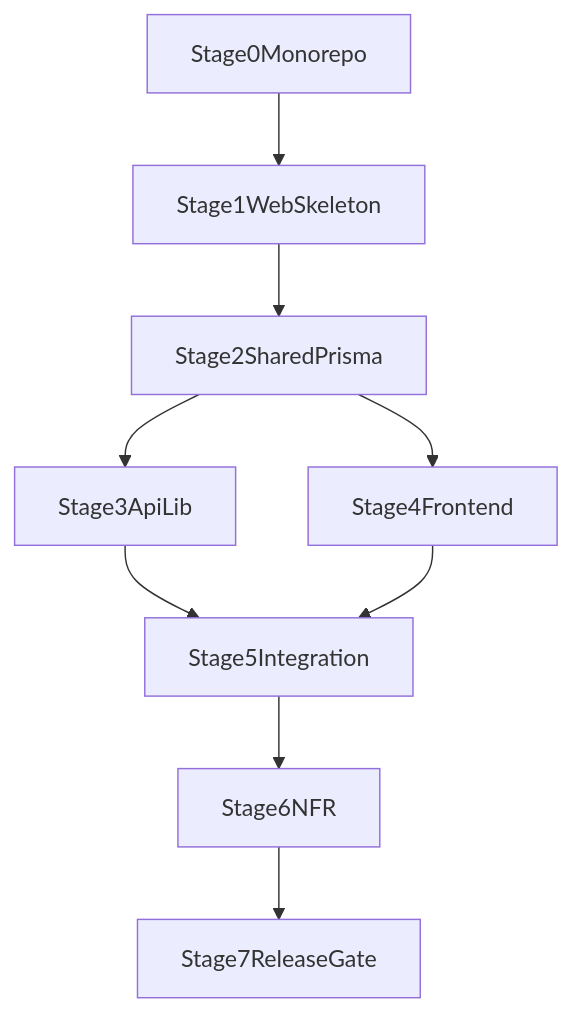
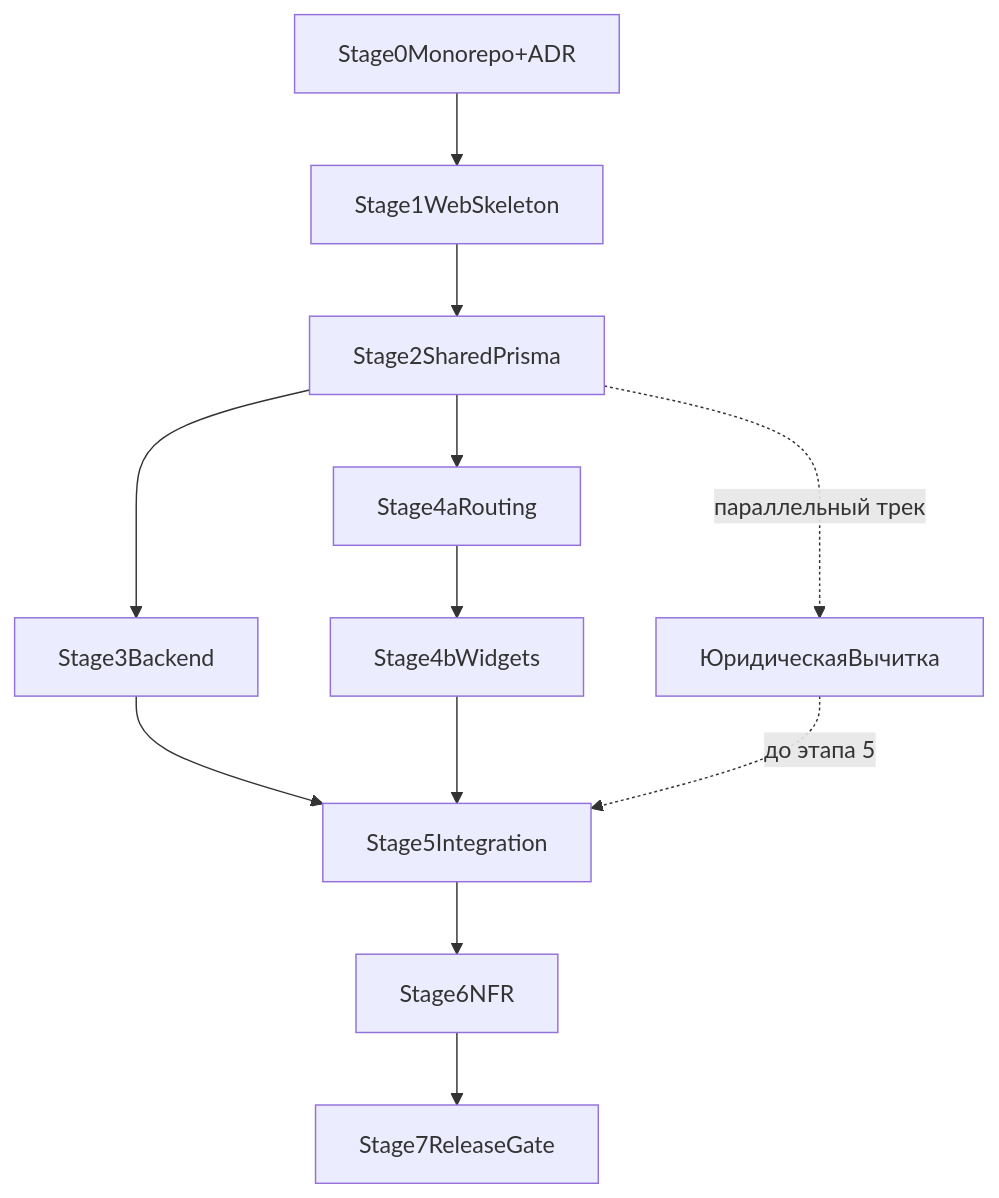
The diagram in .cursor/plans/docgenerator-master-roadmap-monorepo.plan.md (AnatolyKostarev/ams-documents-generator), drawn with Mermaid before and after one commit. The commit also changed other lines of this file, not shown here.

````diff
--- a/.cursor/plans/docgenerator-master-roadmap-monorepo.plan.md
+++ b/.cursor/plans/docgenerator-master-roadmap-monorepo.plan.md
@@ -226,11 +269,14 @@
 ```mermaid
 flowchart TD
-  m0[Stage0Monorepo] --> m1[Stage1WebSkeleton]
+  m0[Stage0Monorepo+ADR] --> m1[Stage1WebSkeleton]
   m1 --> m2[Stage2SharedPrisma]
-  m2 --> m3[Stage3ApiLib]
-  m2 --> m4[Stage4Frontend]
+  m2 --> m3[Stage3Backend]
+  m2 --> m4a[Stage4aRouting]
+  m4a --> m4b[Stage4bWidgets]
   m3 --> m5[Stage5Integration]
-  m4 --> m5
+  m4b --> m5
   m5 --> m6[Stage6NFR]
   m6 --> m7[Stage7ReleaseGate]
+  m2 -.->|параллельный трек| legal[ЮридическаяВычитка]
+  legal -.->|до этапа 5| m5
 ```
````
